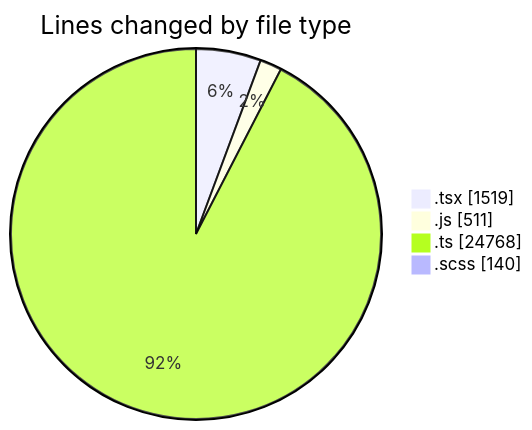
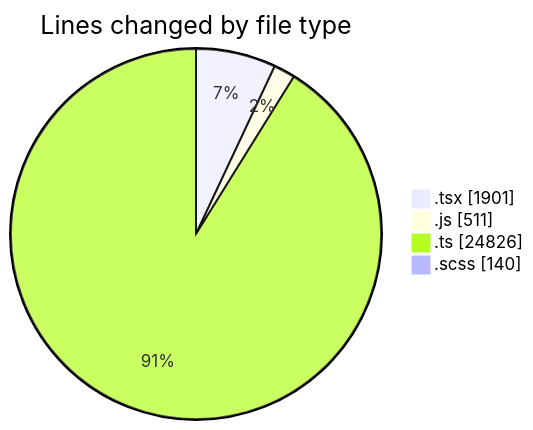
Before and after one commit to momahboobian/code-tracking: the first of 2 diagrams in 2025-06-30/cda/README.md, drawn with Mermaid. The commit also changed other lines of this file and 1 other file, not shown here.

````diff
--- a/2025-06-30/cda/README.md
+++ b/2025-06-30/cda/README.md
@@ -35,8 +37,8 @@
 ```mermaid
 pie showData
 title Lines changed by file type
-".tsx" : 1519
+".tsx" : 1901
 ".js" : 511
-".ts" : 24768
+".ts" : 24826
 ".scss" : 140
 ```
````
